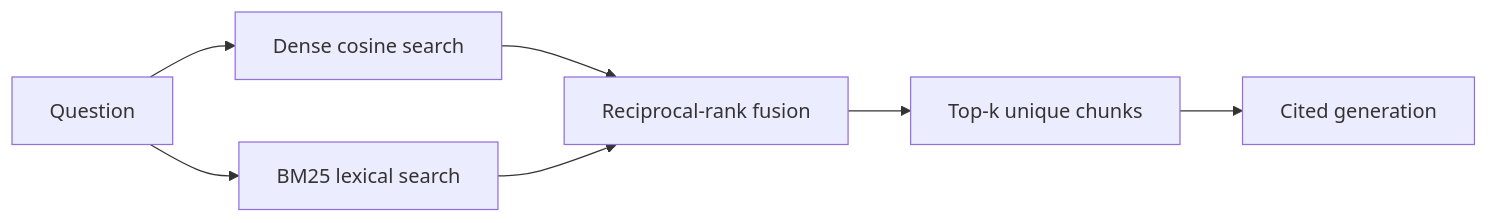
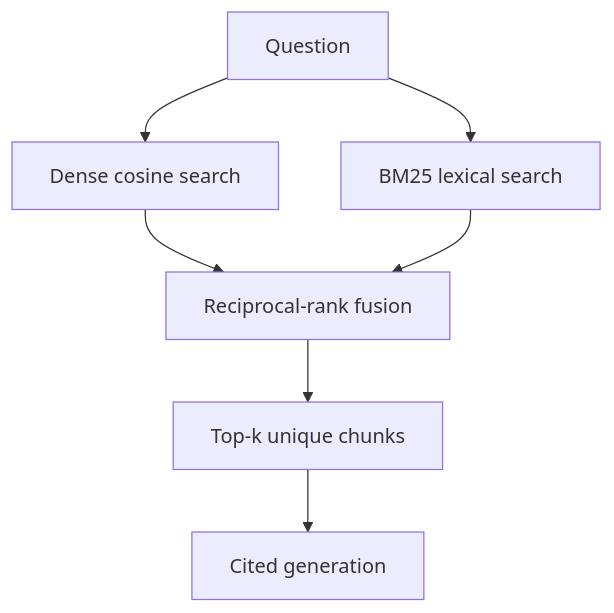
The first of 2 diagrams in src/rag_lab/labs/hybrid_search/README.md (rajeswarandhandapani/rag-patterns-lab), drawn with Mermaid before and after one commit. The commit also changed other lines of this file and 10 other files, not shown here.

````diff
--- a/src/rag_lab/labs/hybrid_search/README.md
+++ b/src/rag_lab/labs/hybrid_search/README.md
@@ -10,8 +10,9 @@
 ```mermaid
-flowchart LR
-    Q[Question] --> Dense[Dense cosine search]
-    Q --> BM25[BM25 lexical search]
-    Dense --> RRF[Reciprocal-rank fusion]
+flowchart TD
+    Q["Question"] --> Dense["Dense cosine search"]
+    Q --> BM25["BM25 lexical search"]
+    Dense --> RRF["Reciprocal-rank fusion"]
     BM25 --> RRF
-    RRF --> K[Top-k unique chunks] --> LLM[Cited generation]
+    RRF --> K["Top-k unique chunks"]
+    K --> LLM["Cited generation"]
 ```
````
